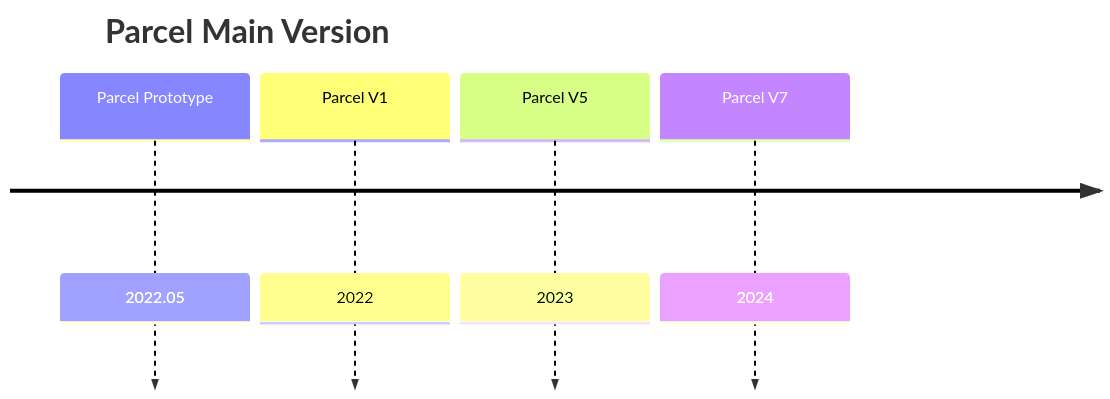
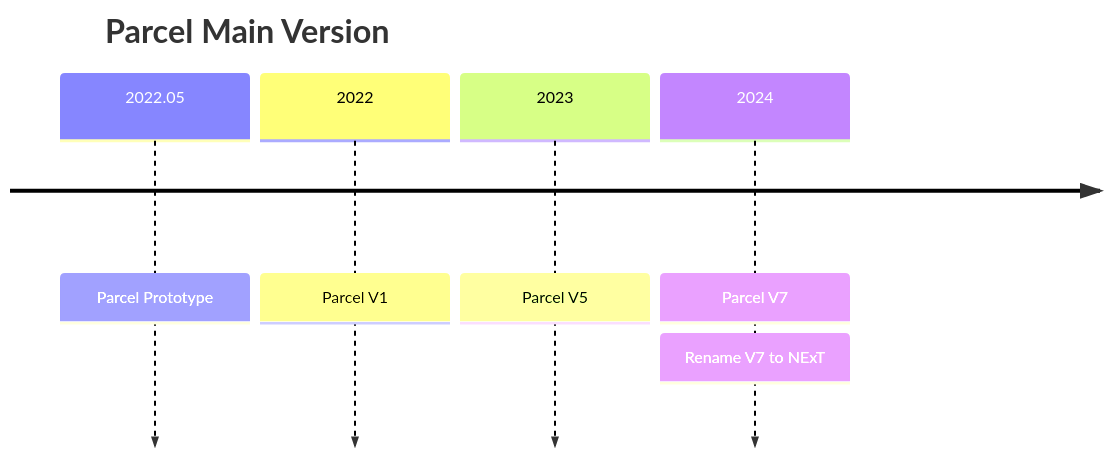
Before and after one commit to Methodox-Technologies/.github: the diagram in profile/README.md, drawn with Mermaid. The commit also changed other lines of this file, not shown here.

Commit message:
Parcel NExT: Update links

````diff
--- a/profile/README.md
+++ b/profile/README.md
@@ -51,12 +52,13 @@
 ```mermaid
 timeline
 title Parcel Main Version
-  Parcel Prototype
-    : 2022.05
-  Parcel V1
-    : 2022
-  Parcel V5
-    : 2023
-  Parcel V7
-    : 2024
+  2022.05
+    : Parcel Prototype
+  2022
+    : Parcel V1
+  2023
+    : Parcel V5
+  2024
+    : Parcel V7
+    : Rename V7 to NExT
 ```
````
